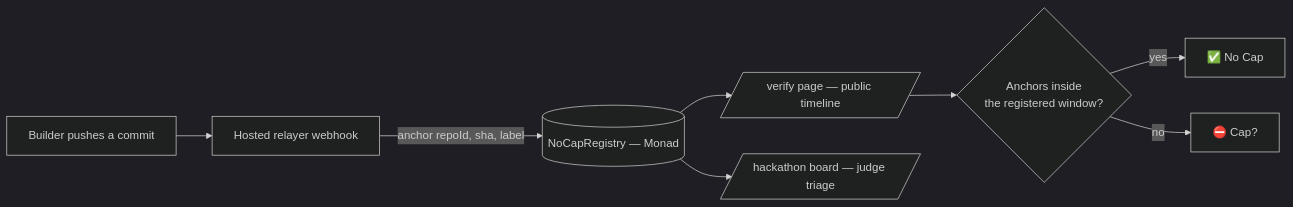
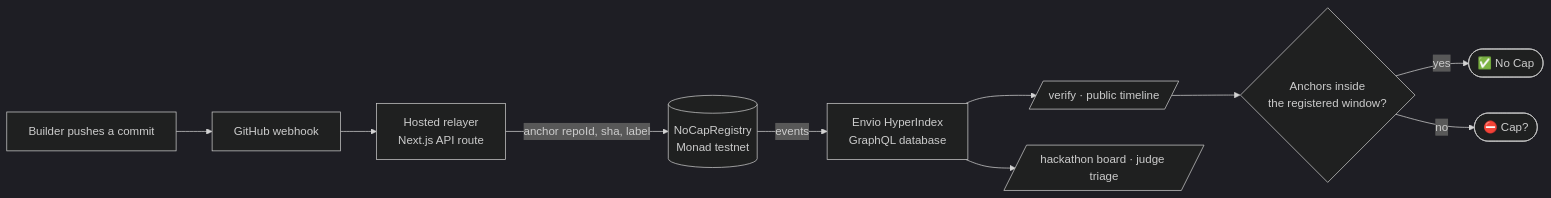
Before and after one commit to Dami904/No-Cap: the diagram in README.md, drawn with Mermaid (dark theme). The commit also changed other lines of this file and 107 other files, not shown here.

First line of the commit message:
Polish for submission: rewrite README, scrollable timeline, drop agent-tooling clutter

````diff
--- a/README.md
+++ b/README.md
@@ -38,10 +51,12 @@
 ```mermaid
 flowchart LR
-    A[Builder pushes a commit] --> B[Hosted relayer webhook]
-    B -->|anchor repoId, sha, label| C[(NoCapRegistry — Monad)]
-    C --> D[/verify page — public timeline/]
-    C --> E[/hackathon board — judge triage/]
-    D --> F{Anchors inside<br/>the registered window?}
-    F -->|yes| G[✅ No Cap]
-    F -->|no| H[⛔ Cap?]
+    A[Builder pushes a commit] --> B[GitHub webhook]
+    B --> C[Hosted relayer<br/>Next.js API route]
+    C -->|anchor repoId, sha, label| D[(NoCapRegistry<br/>Monad testnet)]
+    D -->|events| E[Envio HyperIndex<br/>GraphQL database]
+    E --> F[/verify · public timeline/]
+    E --> G[/hackathon board · judge triage/]
+    F --> H{Anchors inside<br/>the registered window?}
+    H -->|yes| I([✅ No Cap])
+    H -->|no| J([⛔ Cap?])
 ```
````
